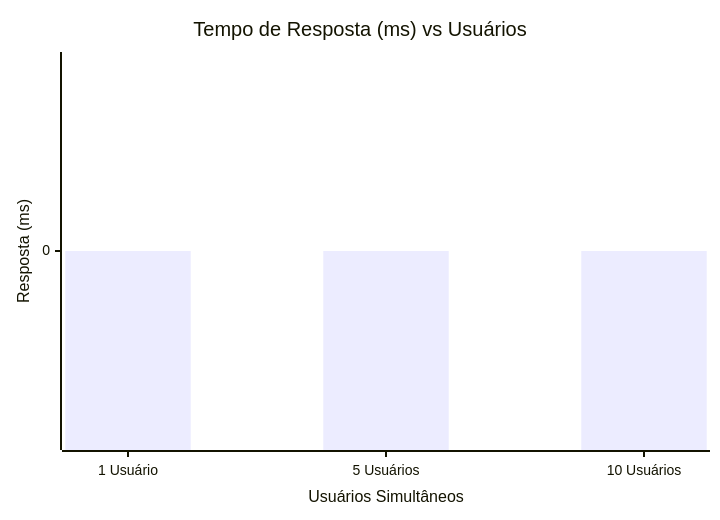
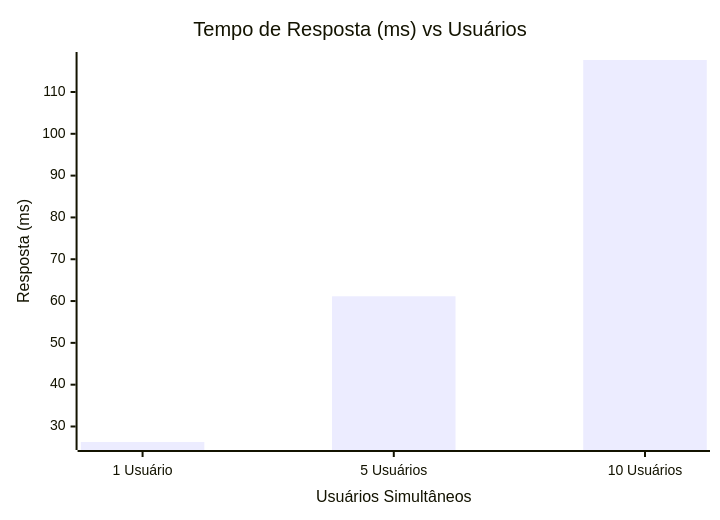
Before and after one commit to mavygarcia/AV3: the third of 3 diagrams in docs/relatorio_completo.md, drawn with Mermaid. The commit also changed other lines of this file and 4 other files, not shown here.

````diff
--- a/docs/relatorio_completo.md
+++ b/docs/relatorio_completo.md
@@ -56,7 +59,7 @@
 ```mermaid
 xychart-beta
     title "Tempo de Resposta (ms) vs Usuários"
     x-axis "Usuários Simultâneos" ["1 Usuário", "5 Usuários", "10 Usuários"]
     y-axis "Resposta (ms)"
-    bar [0.00, 0.00, 0.00]
+    bar [26.29, 61.14, 117.65]
 ```
````
